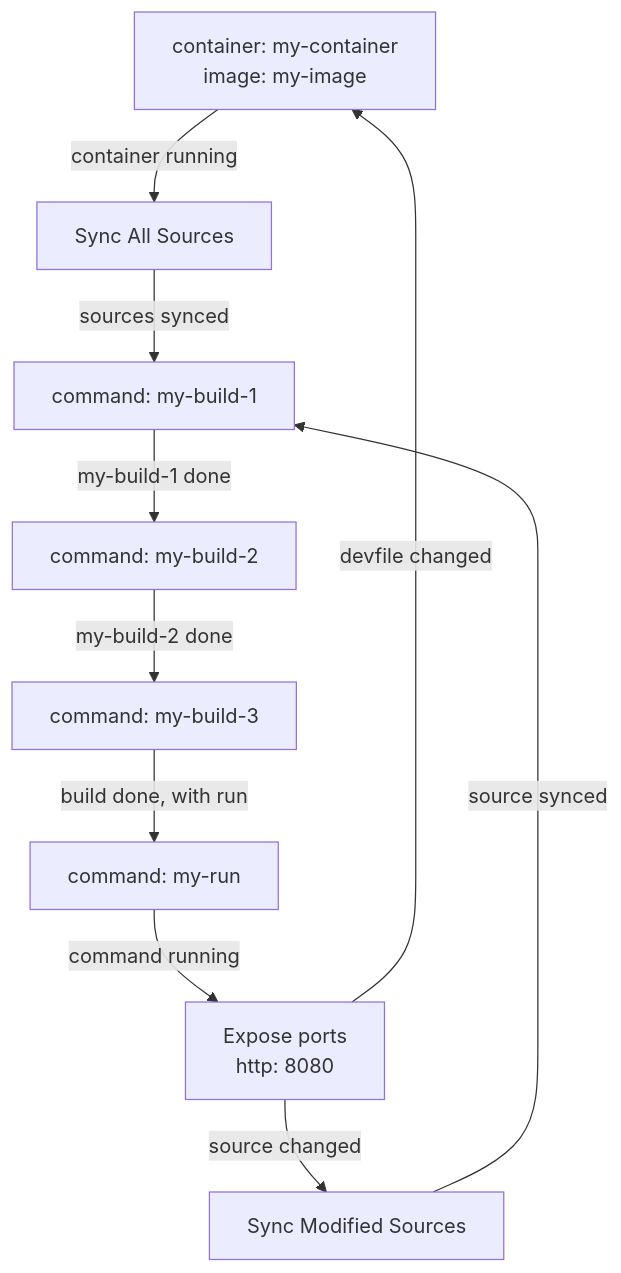
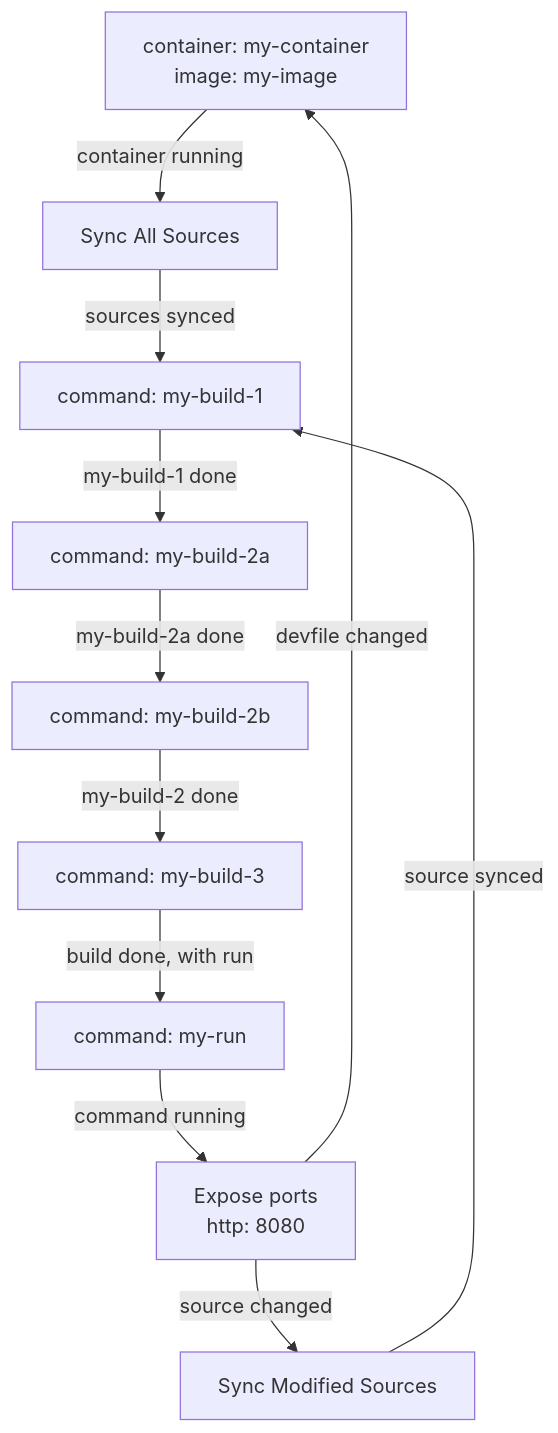
The diagram in pkg/graph/graphs/container-composite-build-exec-run.md (feloy/devfile-lifecycle), drawn with Mermaid before and after one commit. The commit also changed 2 other files, not shown here.

Commit message:
Support recursive composite commands

````diff
--- a/pkg/graph/graphs/container-composite-build-exec-run.md
+++ b/pkg/graph/graphs/container-composite-build-exec-run.md
@@ -1,20 +1,22 @@
 ```mermaid
 graph TB
 my-container["container: my-container<br/>image: my-image"]
 my-build-1["command: my-build-1"]
-my-build-2["command: my-build-2"]
+my-build-2a["command: my-build-2a"]
+my-build-2b["command: my-build-2b"]
 my-build-3["command: my-build-3"]
 my-container-my-run-expose["Expose ports<br/>http: 8080"]
 my-run["command: my-run"]
 sync-all-my-container["Sync All Sources"]
 sync-modified-my-container["Sync Modified Sources"]
 my-container -->|"container running"| sync-all-my-container
 sync-all-my-container -->|"sources synced"| my-build-1
-my-build-1 -->|"my-build-1 done"| my-build-2
-my-build-2 -->|"my-build-2 done"| my-build-3
+my-build-1 -->|"my-build-1 done"| my-build-2a
+my-build-2a -->|"my-build-2a done"| my-build-2b
+my-build-2b -->|"my-build-2 done"| my-build-3
 my-build-3 -->|"build done, with run"| my-run
 my-run -->|"command running"| my-container-my-run-expose
 my-container-my-run-expose -->|"source changed"| sync-modified-my-container
 sync-modified-my-container -->|"source synced"| my-build-1
 my-container-my-run-expose -->|"devfile changed"| my-container
 ```
````
